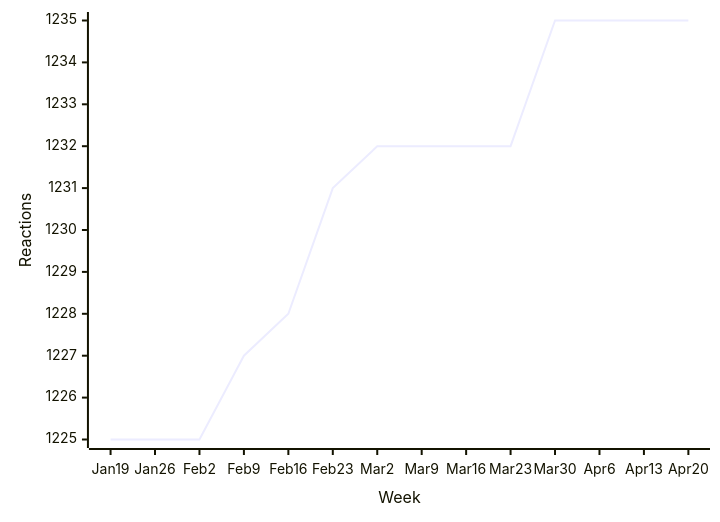
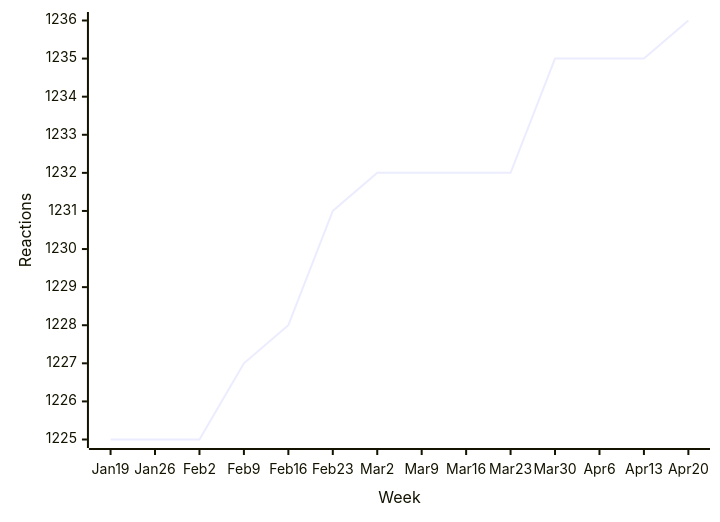
Diagram 12 of 58 in README.md (loic-sharma/github-insights), drawn with Mermaid before and after one commit. The commit also changed other lines of this file and 2 other files, not shown here.

````diff
--- a/README.md
+++ b/README.md
@@ -526,6 +526,6 @@
   ```mermaid
   xychart-beta
     x-axis "Week" [Jan 19, Jan 26, Feb 2, Feb 9, Feb 16, Feb 23, Mar 2, Mar 9, Mar 16, Mar 23, Mar 30, Apr 6, Apr 13, Apr 20]
     y-axis "Reactions"
-    line [1225, 1225, 1225, 1227, 1228, 1231, 1232, 1232, 1232, 1232, 1235, 1235, 1235, 1235]
+    line [1225, 1225, 1225, 1227, 1228, 1231, 1232, 1232, 1232, 1232, 1235, 1235, 1235, 1236]
   ```
````
